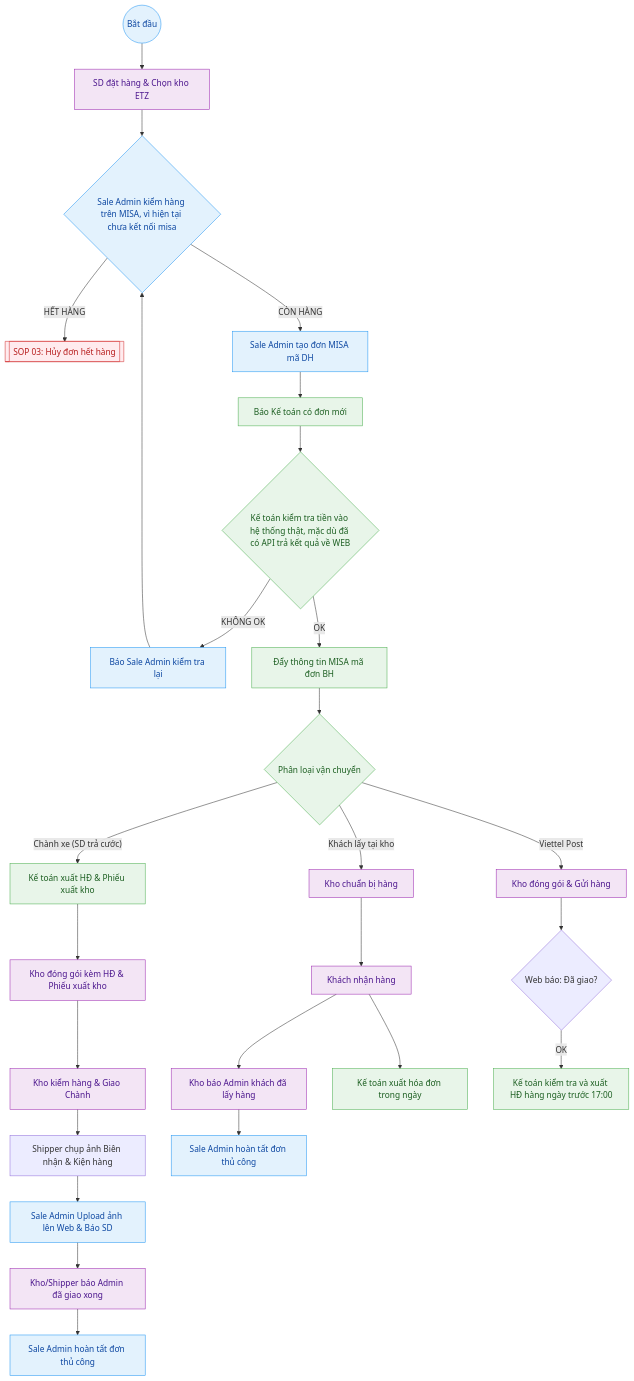
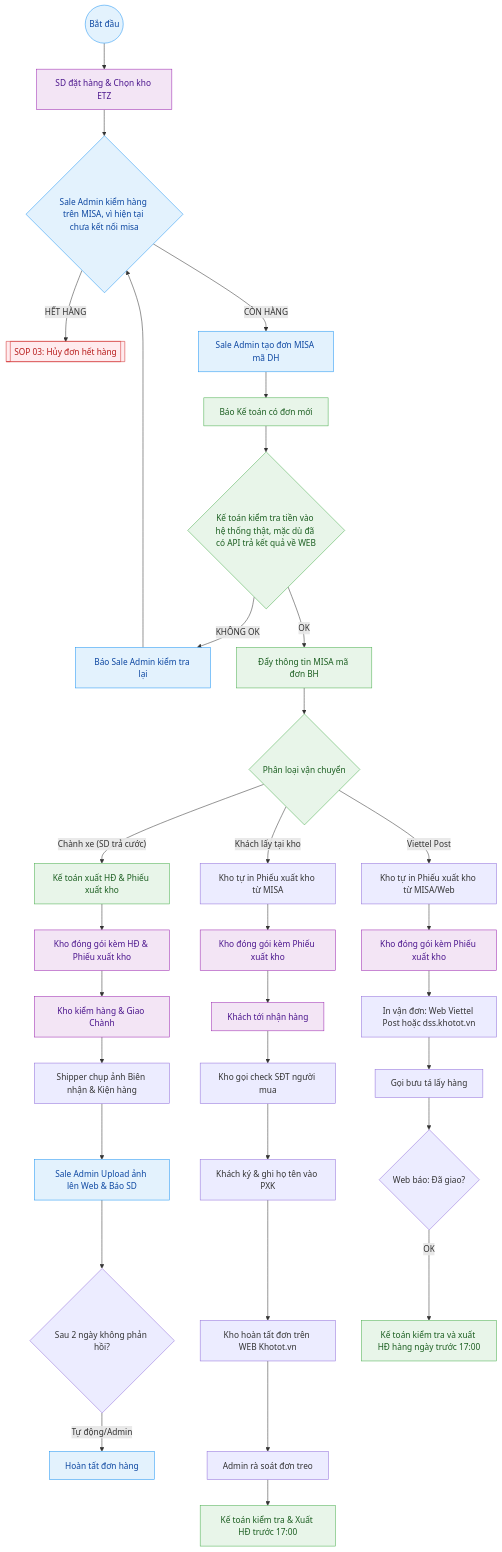
The diagram in src/site/notes/01_TONG_QUAN_LY_DU_AN/2_PHONG_VAN_HANH/SOP_2_Xu_Ly_Don_Hang_Chuan.md (babaduoc/digitalgarden), drawn with Mermaid before and after one commit. The commit also changed other lines of this file and 2 other files, not shown here.

````diff
--- a/src/site/notes/01_TONG_QUAN_LY_DU_AN/2_PHONG_VAN_HANH/SOP_2_Xu_Ly_Don_Hang_Chuan.md
+++ b/src/site/notes/01_TONG_QUAN_LY_DU_AN/2_PHONG_VAN_HANH/SOP_2_Xu_Ly_Don_Hang_Chuan.md
@@ -22,54 +22,60 @@
 ```mermaid
 graph TD
     %% Định nghĩa bảng màu Pastel nguyên bản (Classic Style) %%
     classDef sd fill:#F3E5F5,stroke:#9C27B0,color:#4A148C;
     classDef sale_admin fill:#E3F2FD,stroke:#2196F3,color:#0D47A1;
     classDef acc fill:#E8F5E9,stroke:#4CAF50,color:#1B5E20;
     classDef wh fill:#FFF3E0,stroke:#FF9800,color:#E65100;
     classDef error fill:#FFEBEE,stroke:#D32F2F,color:#B71C1C;
 
     Start((Bắt đầu)) --> SD_Order[SD đặt hàng & Chọn kho ETZ]
     
     %% Vai trò Sale Admin %%
     SD_Order --> SaleAdmin_Check{Sale Admin kiểm hàng trên MISA, vì hiện tại chưa kết nối misa}
     
     SaleAdmin_Check -- "HẾT HÀNG" --> OutOfStock[["SOP 03: Hủy đơn hết hàng"]]
     click OutOfStock "/01-tong-quan-ly-du-an/2-phong-van-hanh/sop-3-huy-don-het-hang/"
     SaleAdmin_Check -- "CÒN HÀNG" --> SaleAdmin_DH[Sale Admin tạo đơn MISA mã DH]
     SaleAdmin_DH --> Acc_Notify[Báo Kế toán có đơn mới]
 
     %% Vai trò Kế toán %%
     Acc_Notify --> Acc_CheckMoney{Kế toán kiểm tra tiền vào hệ thống thật, mặc dù đã có API trả kết quả về WEB}
     
     Acc_CheckMoney -- "KHÔNG OK" --> Acc_Reject[Báo Sale Admin kiểm tra lại]
     Acc_Reject --> SaleAdmin_Check
     
     Acc_CheckMoney -- "OK" --> Acc_BH[Đẩy thông tin MISA mã đơn BH]
     Acc_BH --> Ship_Type{Phân loại vận chuyển}
 
     %% Nhánh Chành xe %%
     Ship_Type -- "Chành xe (SD trả cước)" --> Acc_Inv_1[Kế toán xuất HĐ & Phiếu xuất kho]
     Acc_Inv_1 --> WH_Pack_1[Kho đóng gói kèm HĐ & Phiếu xuất kho]
     WH_Pack_1 --> WH_Check[Kho kiểm hàng & Giao Chành]
     WH_Check --> WH_Photo[Shipper chụp ảnh Biên nhận & Kiện hàng]
     WH_Photo --> Admin_Upload[Sale Admin Upload ảnh lên Web & Báo SD]
-    Admin_Upload --> WH_Confirm[Kho/Shipper báo Admin đã giao xong]
-    WH_Confirm --> Admin_Finish_1[Sale Admin hoàn tất đơn thủ công]
+    Admin_Upload --> Rule_2D{Sau 2 ngày không phản hồi?}
+    Rule_2D -- "Tự động/Admin" --> Admin_Finish_1[Hoàn tất đơn hàng]
 
     %% Nhánh Tại kho %%
-    Ship_Type -- "Khách lấy tại kho" --> WH_Pack_2[Kho chuẩn bị hàng]
-    WH_Pack_2 --> SD_Pick[Khách nhận hàng]
-    SD_Pick --> WH_Confirm_2[Kho báo Admin khách đã lấy hàng]
-    WH_Confirm_2 --> Admin_Finish_2[Sale Admin hoàn tất đơn thủ công]
-    SD_Pick --> Acc_Inv_2[Kế toán xuất hóa đơn trong ngày]
+    Ship_Type -- "Khách lấy tại kho" --> WH_Print_PXK_2[Kho tự in Phiếu xuất kho từ MISA]
+    WH_Print_PXK_2 --> WH_Pack_2[Kho đóng gói kèm Phiếu xuất kho]
+    WH_Pack_2 --> SD_Pick[Khách tới nhận hàng]
+    SD_Pick --> WH_Verify[Kho gọi check SĐT người mua]
+    WH_Verify --> SD_Sign[Khách ký & ghi họ tên vào PXK]
+    SD_Sign --> WH_Finish_Web[Kho hoàn tất đơn trên WEB Khotot.vn]
+    WH_Finish_Web --> Admin_Check[Admin rà soát đơn treo]
+    Admin_Check --> Acc_Inv_2[Kế toán kiểm tra & Xuất HĐ trước 17:00]
 
     %% Nhánh Viettel Post %%
-    Ship_Type -- "Viettel Post" --> WH_Pack_3[Kho đóng gói & Gửi hàng]
-    WH_Pack_3 --> API_Delivered{Web báo: Đã giao?}
+    Ship_Type -- "Viettel Post" --> WH_Print_PXK[Kho tự in Phiếu xuất kho từ MISA/Web]
+    WH_Print_PXK --> WH_Pack_3[Kho đóng gói kèm Phiếu xuất kho]
+    WH_Pack_3 --> WH_Print_VT[In vận đơn: Web Viettel Post hoặc dss.khotot.vn]
+    WH_Print_VT --> WH_Call_VT[Gọi bưu tá lấy hàng]
+    WH_Call_VT --> API_Delivered{Web báo: Đã giao?}
     API_Delivered -- OK --> Acc_Inv_3[Kế toán kiểm tra và xuất HĐ hàng ngày trước 17:00]
 
     class SD_Order,SD_Pick,WH_Pack_1,WH_Pack_2,WH_Pack_3,WH_Check,WH_Confirm,WH_Confirm_2 sd;
     class Start,SaleAdmin_Check,SaleAdmin_DH,Acc_Reject,Admin_Upload,Admin_Finish_1,Admin_Finish_2 sale_admin;
     class Acc_Notify,Acc_CheckMoney,Acc_BH,Ship_Type,Acc_Inv_1,Acc_Inv_2,Acc_Inv_3 acc;
     class OutOfStock error;
 ```
````
